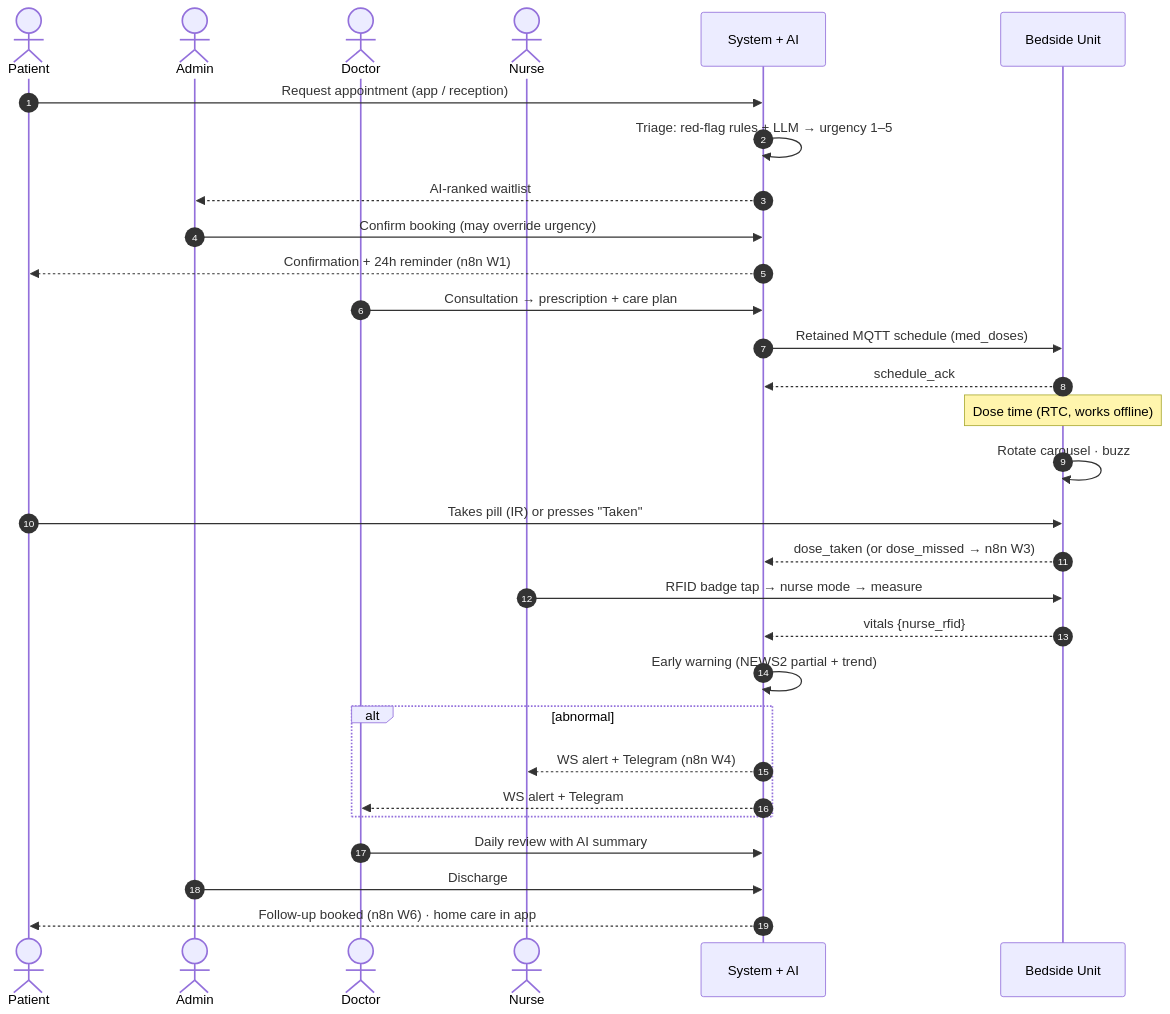
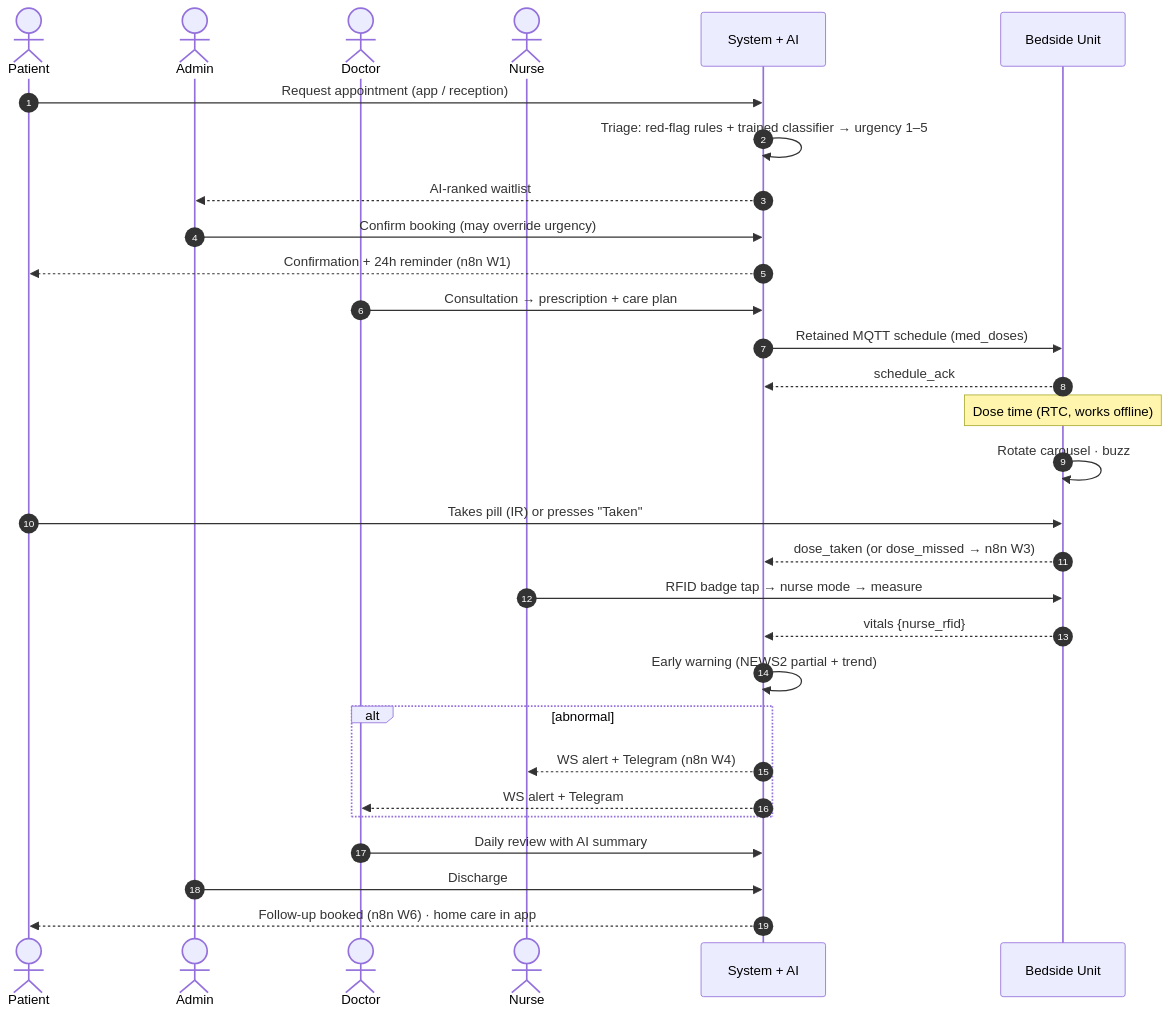
Before and after one commit to Faouzi-Blibech/smarty-hospital-: the third of 5 diagrams in docs/architecture.md, drawn with Mermaid. The commit also changed other lines of this file and 7 other files, not shown here.

Commit message:
docs: AI layer on trained models and rules; api 1.4, data-model 1.3

````diff
--- a/docs/architecture.md
+++ b/docs/architecture.md
@@ -116,33 +116,33 @@
 ```mermaid
 sequenceDiagram
   autonumber
   actor P as Patient
   actor A as Admin
   actor D as Doctor
   actor N as Nurse
   participant S as System + AI
   participant B as Bedside Unit
 
   P->>S: Request appointment (app / reception)
-  S->>S: Triage: red-flag rules + LLM → urgency 1–5
+  S->>S: Triage: red-flag rules + trained classifier → urgency 1–5
   S-->>A: AI-ranked waitlist
   A->>S: Confirm booking (may override urgency)
   S-->>P: Confirmation + 24h reminder (n8n W1)
   D->>S: Consultation → prescription + care plan
   S->>B: Retained MQTT schedule (med_doses)
   B-->>S: schedule_ack
   Note over B: Dose time (RTC, works offline)
   B->>B: Rotate carousel · buzz
   P->>B: Takes pill (IR) or presses "Taken"
   B-->>S: dose_taken (or dose_missed → n8n W3)
   N->>B: RFID badge tap → nurse mode → measure
   B-->>S: vitals {nurse_rfid}
   S->>S: Early warning (NEWS2 partial + trend)
   alt abnormal
     S-->>N: WS alert + Telegram (n8n W4)
     S-->>D: WS alert + Telegram
   end
   D->>S: Daily review with AI summary
   A->>S: Discharge
   S-->>P: Follow-up booked (n8n W6) · home care in app
 ```
````
